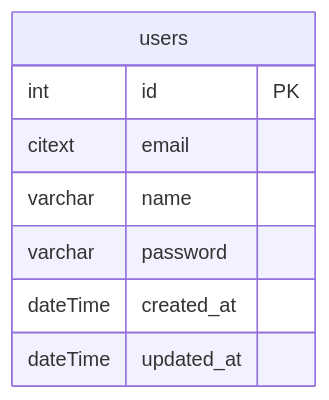
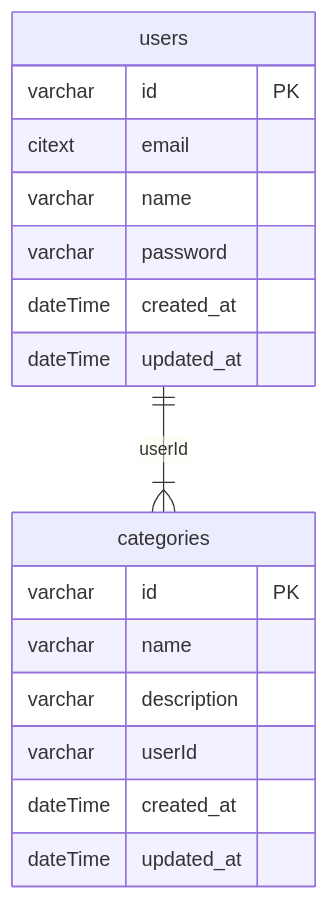
The diagram in README.md (sandrvvu/BetterSelf), drawn with Mermaid before and after one commit. The commit also changed 14 other files, not shown here.

````diff
--- a/README.md
+++ b/README.md
@@ -5,11 +5,22 @@
 ```mermaid
 erDiagram
    users {
-      int id PK
+      varchar id PK
       citext email
       varchar name
       varchar password
       dateTime created_at
       dateTime updated_at
    }
+
+   categories {
+      varchar id PK
+      varchar name
+      varchar description
+      varchar userId
+      dateTime created_at
+      dateTime updated_at
+   }
+   
+    users ||--|{ categories : userId
 ```
````
